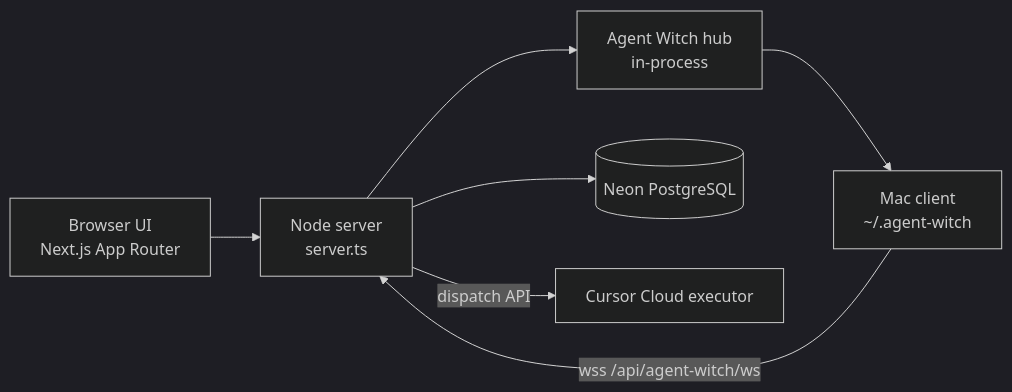
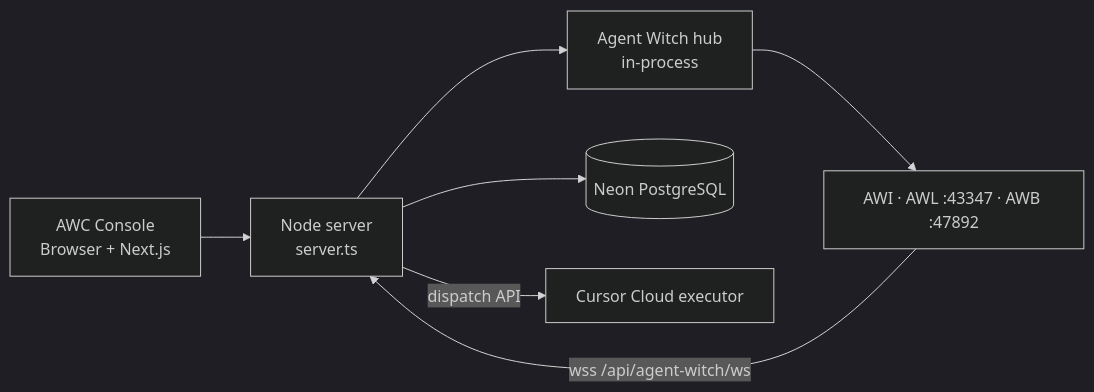
One commit to thiennp/daily-magic changed the diagram in docs/architecture/system-map.md. Above: the diagram before and after it, drawn with Mermaid (dark theme). The commit also changed 117 other files, not shown here.

````diff
--- a/docs/architecture/system-map.md
+++ b/docs/architecture/system-map.md
@@ -5,16 +5,16 @@
 ```mermaid
 flowchart LR
-  Browser[Browser UI\nNext.js App Router]
+  AWC[AWC Console\nBrowser + Next.js]
   Node[Node server\nserver.ts]
   Hub[Agent Witch hub\nin-process]
-  Mac[Mac client\n~/.agent-witch]
+  Mac[AWI · AWL :43347 · AWB :47892]
   Neon[(Neon PostgreSQL)]
   Cloud[Cursor Cloud executor]
 
-  Browser --> Node
+  AWC --> Node
   Mac -->|wss /api/agent-witch/ws| Node
   Node --> Hub
   Hub --> Mac
   Node --> Neon
   Node -->|dispatch API| Cloud
 ```
````
